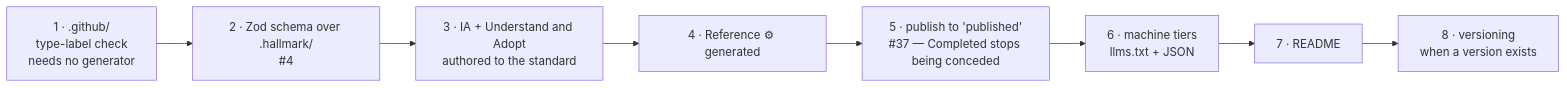
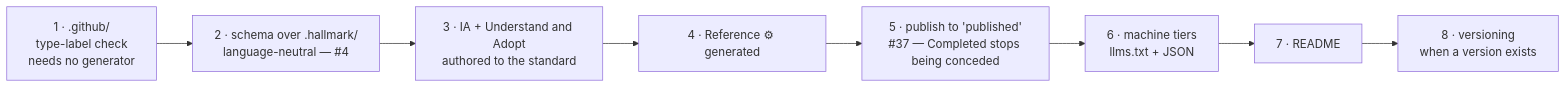
Before and after one commit to Kieranties/hallmark: the third of 3 diagrams in research/docs-site-comparison.md, drawn with Mermaid. The commit also changed other lines of this file and 2 other files, not shown here.

First line of the commit message:
Declare the technical-writer discipline, and withdraw the schema argument

````diff
--- a/research/docs-site-comparison.md
+++ b/research/docs-site-comparison.md
@@ -409,10 +447,10 @@
 ```mermaid
 flowchart LR
-    A["1 · .github/<br/>type-label check<br/>needs no generator"] --> B["2 · Zod schema over .hallmark/<br/>#4"]
+    A["1 · .github/<br/>type-label check<br/>needs no generator"] --> B["2 · schema over .hallmark/<br/>language-neutral — #4"]
     B --> C["3 · IA + Understand and Adopt<br/>authored to the standard"]
     C --> D["4 · Reference ⚙ generated"]
     D --> E["5 · publish to 'published'<br/>#37 — Completed stops being conceded"]
     E --> F["6 · machine tiers<br/>llms.txt + JSON"]
     F --> G["7 · README"]
     G --> H["8 · versioning<br/>when a version exists"]
 ```
````
